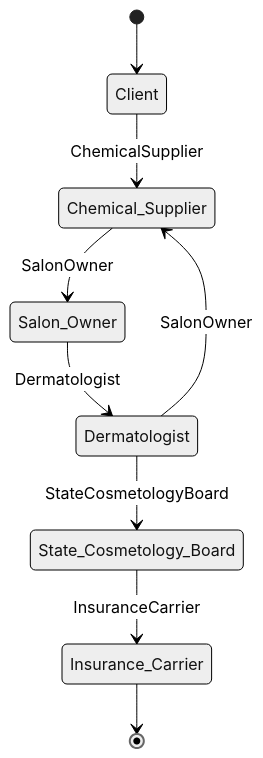
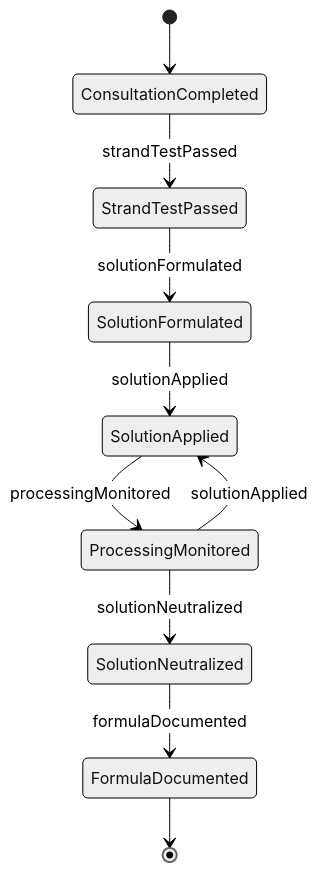
One commit to dot-org-ai/tasks.org.ai changed the second of 4 diagrams in HandlingAndMovingObjects/ApplyHygienicOrCosmeticAgentsToSkinOrHair/ApplySolutionsHairTherapeuticCosmetic.mdx. Above: the diagram before and after it, drawn with Mermaid (neutral theme). The commit also changed other lines of this file and 40 other files, not shown here.

First line of the commit message:
fix: Replace Actor-based ER and State diagrams with Entity/Event-based diagrams in 41 HandlingAndMovingObjects DWA files

````diff
--- a/HandlingAndMovingObjects/ApplyHygienicOrCosmeticAgentsToSkinOrHair/ApplySolutionsHairTherapeuticCosmetic.mdx
+++ b/HandlingAndMovingObjects/ApplyHygienicOrCosmeticAgentsToSkinOrHair/ApplySolutionsHairTherapeuticCosmetic.mdx
@@ -103,11 +101,12 @@
 ```mermaid
 stateDiagram-v2
-    [*] --> Client
-    Client --> Chemical_Supplier: ChemicalSupplier
-    Chemical_Supplier --> Salon_Owner: SalonOwner
-    Salon_Owner --> Dermatologist: Dermatologist
-    Dermatologist --> State_Cosmetology_Board: StateCosmetologyBoard
-    State_Cosmetology_Board --> Insurance_Carrier: InsuranceCarrier
-    Dermatologist --> Chemical_Supplier: SalonOwner
-    Insurance_Carrier --> [*]
+    [*] --> ConsultationCompleted
+    ConsultationCompleted --> StrandTestPassed : strandTestPassed
+    StrandTestPassed --> SolutionFormulated : solutionFormulated
+    SolutionFormulated --> SolutionApplied : solutionApplied
+    SolutionApplied --> ProcessingMonitored : processingMonitored
+    ProcessingMonitored --> SolutionNeutralized : solutionNeutralized
+    ProcessingMonitored --> SolutionApplied : solutionApplied
+    SolutionNeutralized --> FormulaDocumented : formulaDocumented
+    FormulaDocumented --> [*]
 ```
````
